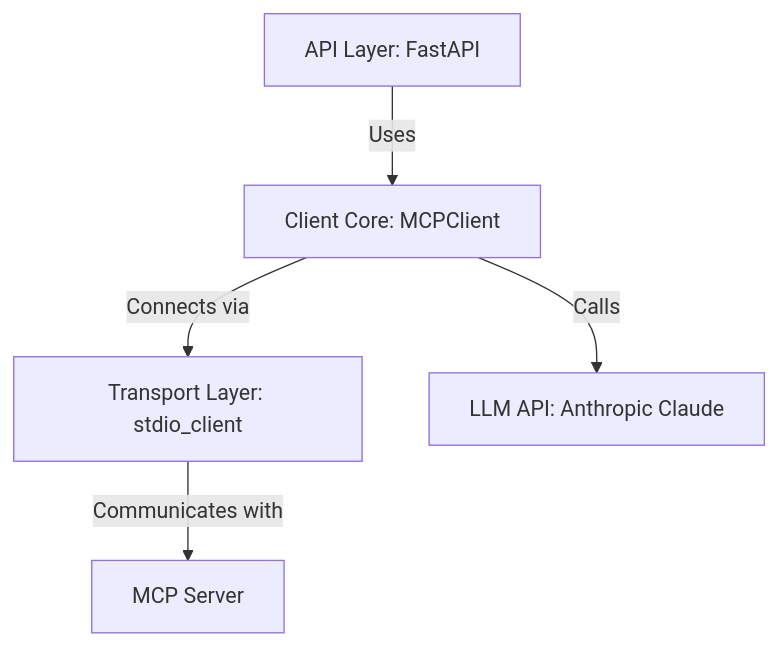
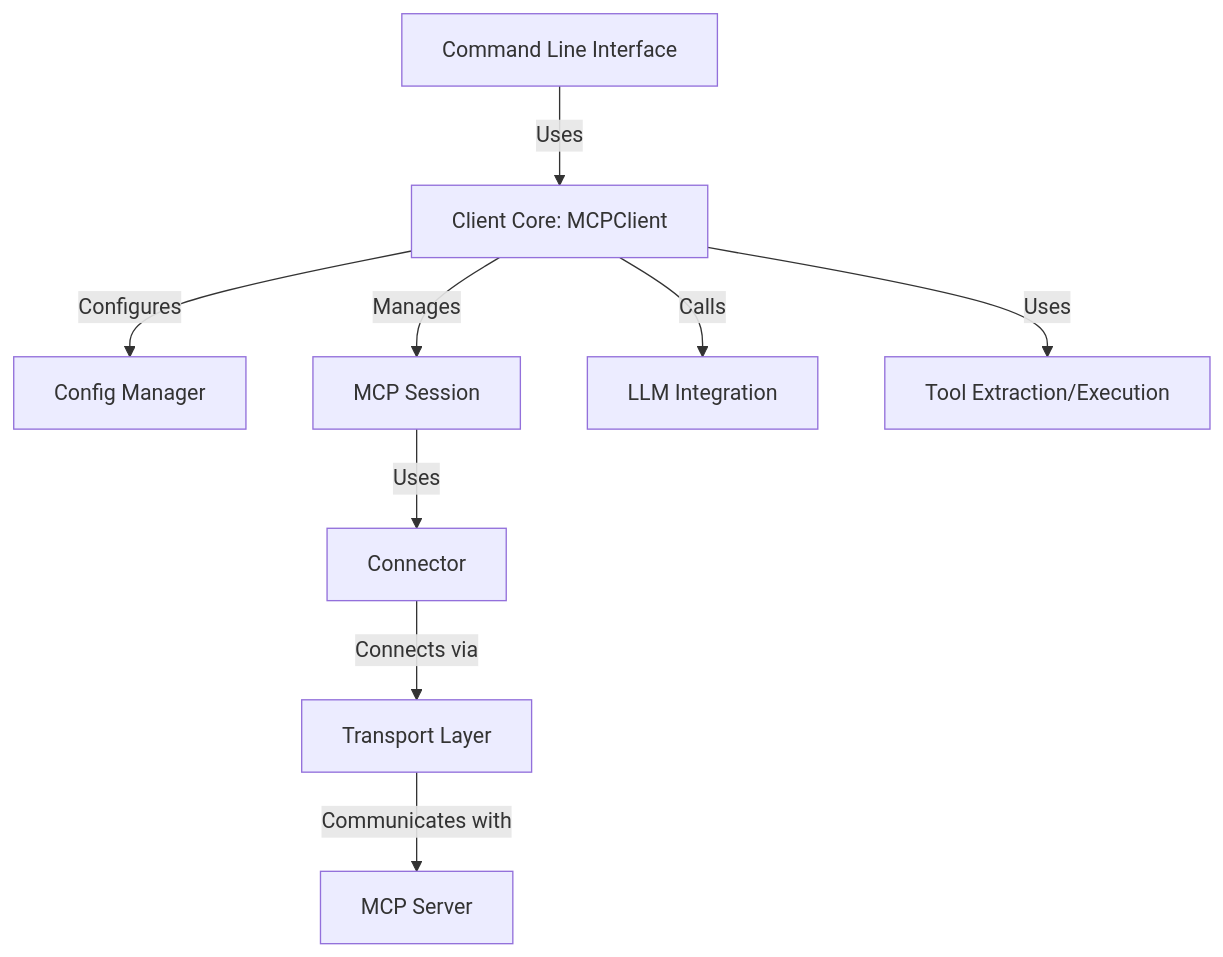
One commit to CLoaKY233/mcca changed the second of 4 diagrams in README.md. Above: the diagram before and after it, drawn with Mermaid. The commit also changed other lines of this file and 2 other files, not shown here.

Commit message:
Update gitignore and README with improved architecture docs

````diff
--- a/README.md
+++ b/README.md
@@ -46,7 +49,11 @@
 ```mermaid
 graph TD
-    API[API Layer: FastAPI] -->|Uses| Client[Client Core: MCPClient]
-    Client -->|Connects via| Transport[Transport Layer: stdio_client]
-    Client -->|Calls| LLM[LLM API: Anthropic Claude]
+    CLI[Command Line Interface] -->|Uses| Client[Client Core: MCPClient]
+    Client -->|Configures| Config[Config Manager]
+    Client -->|Manages| Session[MCP Session]
+    Session -->|Uses| Connector[Connector]
+    Connector -->|Connects via| Transport[Transport Layer]
+    Client -->|Calls| LLM[LLM Integration]
+    Client -->|Uses| Tools[Tool Extraction/Execution]
     Transport -->|Communicates with| Server[MCP Server]
 ```
````
